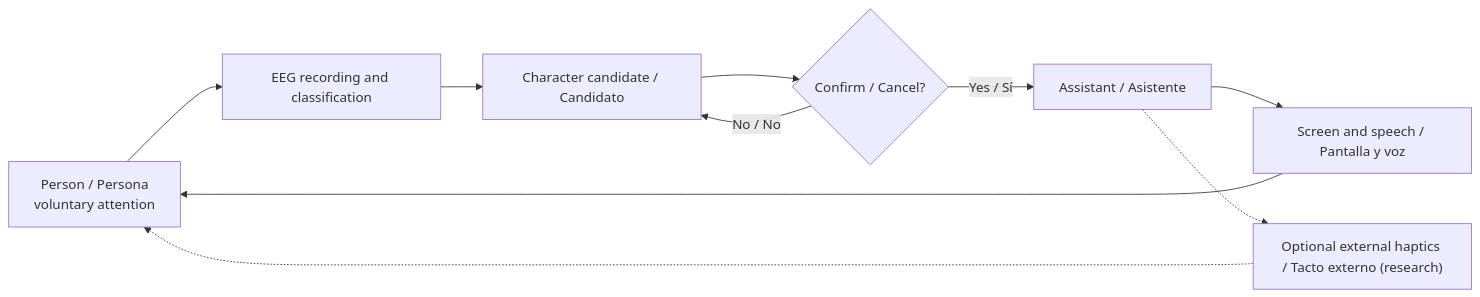
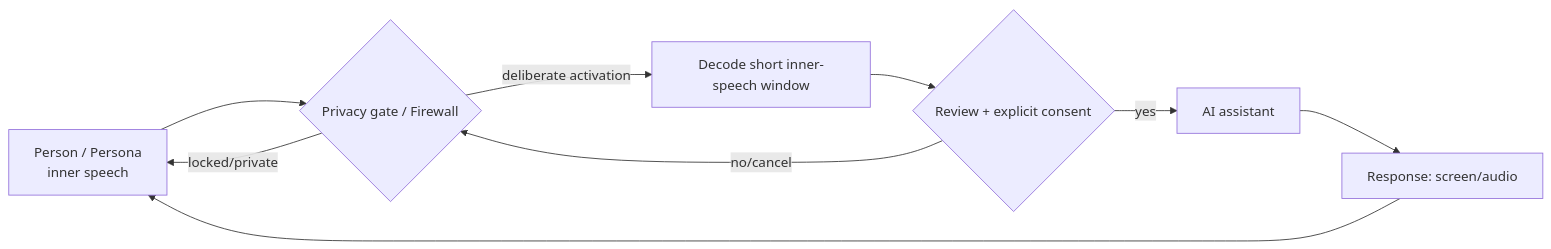
Before and after one commit to alvrichh/NeuroLink-AI: the diagram in diagrams/ciclo-bidireccional.md, drawn with Mermaid. The commit also changed other lines of this file and 13 other files, not shown here.

Commit message:
docs: align EN/ES roadmap, primary phase and diagrams with inner speech and private-by-default design

````diff
--- a/diagrams/ciclo-bidireccional.md
+++ b/diagrams/ciclo-bidireccional.md
@@ -5,14 +3,14 @@
 ```mermaid
 flowchart LR
-  U["Person / Persona<br/>voluntary attention"]
-  C["EEG recording and classification"]
-  M["Character candidate / Candidato"]
-  V{"Confirm / Cancel?"}
-  A["Assistant / Asistente"]
-  O["Screen and speech / Pantalla y voz"]
-  H["Optional external haptics / Tacto externo (research)"]
-  U --> C --> M --> V
-  V -->|"Yes / Sí"| A --> O --> U
-  V -->|"No / No"| M
-  A -.-> H -.-> U
+  USER["Person / Persona<br/>inner speech"]
+  GATE{"Privacy gate / Firewall"}
+  INNER["Decode short inner-speech window"]
+  REVIEW{"Review + explicit consent"}
+  AI["AI assistant"]
+  OUT["Response: screen/audio"]
+  USER --> GATE
+  GATE -->|"locked/private"| USER
+  GATE -->|"deliberate activation"| INNER --> REVIEW
+  REVIEW -->|"no/cancel"| GATE
+  REVIEW -->|"yes"| AI --> OUT --> USER
 ```
````
